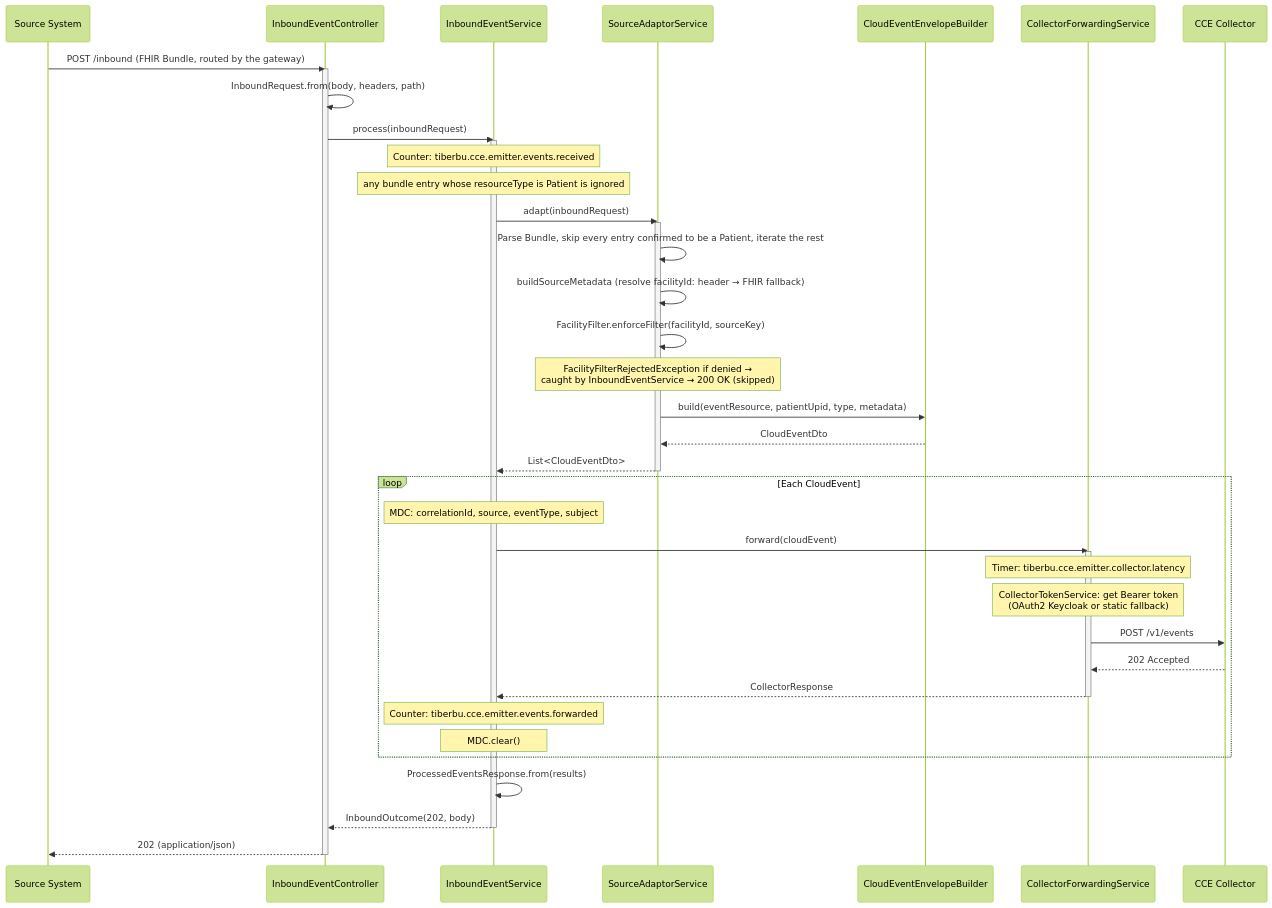
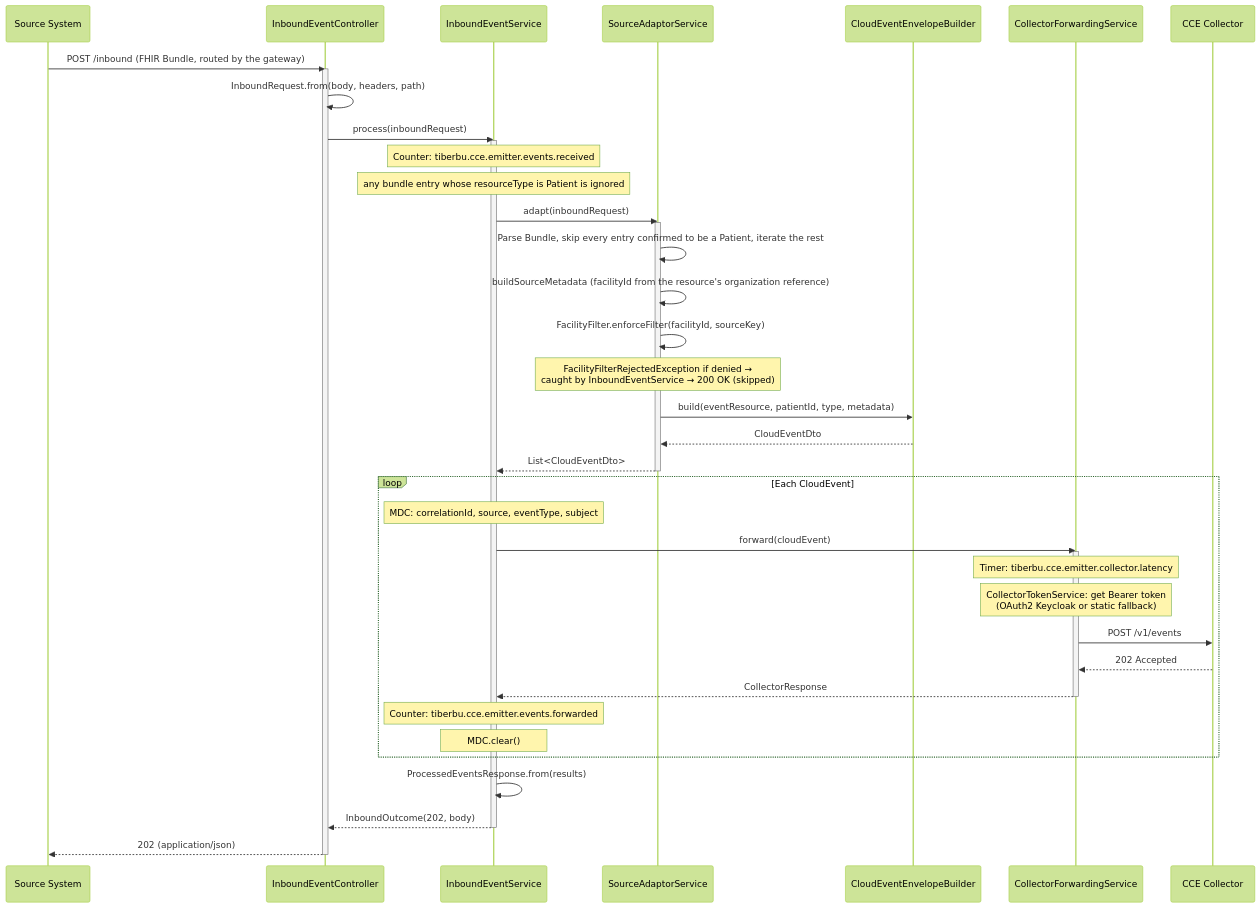
One commit to ishashankakkasali/tiberbu-cce-emitter-adaptor changed the second of 7 diagrams in docs/flow-diagrams.md. Above: the diagram before and after it, drawn with Mermaid (forest theme). The commit also changed 9 other files, not shown here.

````diff
--- a/docs/flow-diagrams.md
+++ b/docs/flow-diagrams.md
@@ -44,54 +44,54 @@
 ```mermaid
 sequenceDiagram
     participant Src as Source System
     participant Ctrl as InboundEventController
     participant EvtSvc as InboundEventService
     participant Svc as SourceAdaptorService
     participant CE as CloudEventEnvelopeBuilder
     participant Fwd as CollectorForwardingService
     participant Col as CCE Collector
 
     Src->>Ctrl: POST /inbound (FHIR Bundle, routed by the gateway)
     activate Ctrl
 
     Ctrl->>Ctrl: InboundRequest.from(body, headers, path)
 
     Ctrl->>EvtSvc: process(inboundRequest)
     activate EvtSvc
 
     Note over EvtSvc: Counter: tiberbu.cce.emitter.events.received
     Note over EvtSvc: any bundle entry whose resourceType is Patient is ignored
 
     EvtSvc->>Svc: adapt(inboundRequest)
     activate Svc
     Svc->>Svc: Parse Bundle, skip every entry confirmed to be a Patient, iterate the rest
-    Svc->>Svc: buildSourceMetadata (resolve facilityId: header → FHIR fallback)
+    Svc->>Svc: buildSourceMetadata (facilityId from the resource's organization reference)
     Svc->>Svc: FacilityFilter.enforceFilter(facilityId, sourceKey)
     Note over Svc: FacilityFilterRejectedException if denied →<br/>caught by InboundEventService → 200 OK (skipped)
-    Svc->>CE: build(eventResource, patientUpid, type, metadata)
+    Svc->>CE: build(eventResource, patientId, type, metadata)
     CE-->>Svc: CloudEventDto
     Svc-->>EvtSvc: List<CloudEventDto>
     deactivate Svc
 
     loop Each CloudEvent
         Note over EvtSvc: MDC: correlationId, source, eventType, subject
         EvtSvc->>Fwd: forward(cloudEvent)
         activate Fwd
         Note over Fwd: Timer: tiberbu.cce.emitter.collector.latency
         Note over Fwd: CollectorTokenService: get Bearer token<br/>(OAuth2 Keycloak or static fallback)
         Fwd->>Col: POST /v1/events
         Col-->>Fwd: 202 Accepted
         Fwd-->>EvtSvc: CollectorResponse
         deactivate Fwd
         Note over EvtSvc: Counter: tiberbu.cce.emitter.events.forwarded
         Note over EvtSvc: MDC.clear()
     end
 
     EvtSvc->>EvtSvc: ProcessedEventsResponse.from(results)
 
     EvtSvc-->>Ctrl: InboundOutcome(202, body)
     deactivate EvtSvc
 
     Ctrl-->>Src: 202 (application/json)
     deactivate Ctrl
 ```
````
